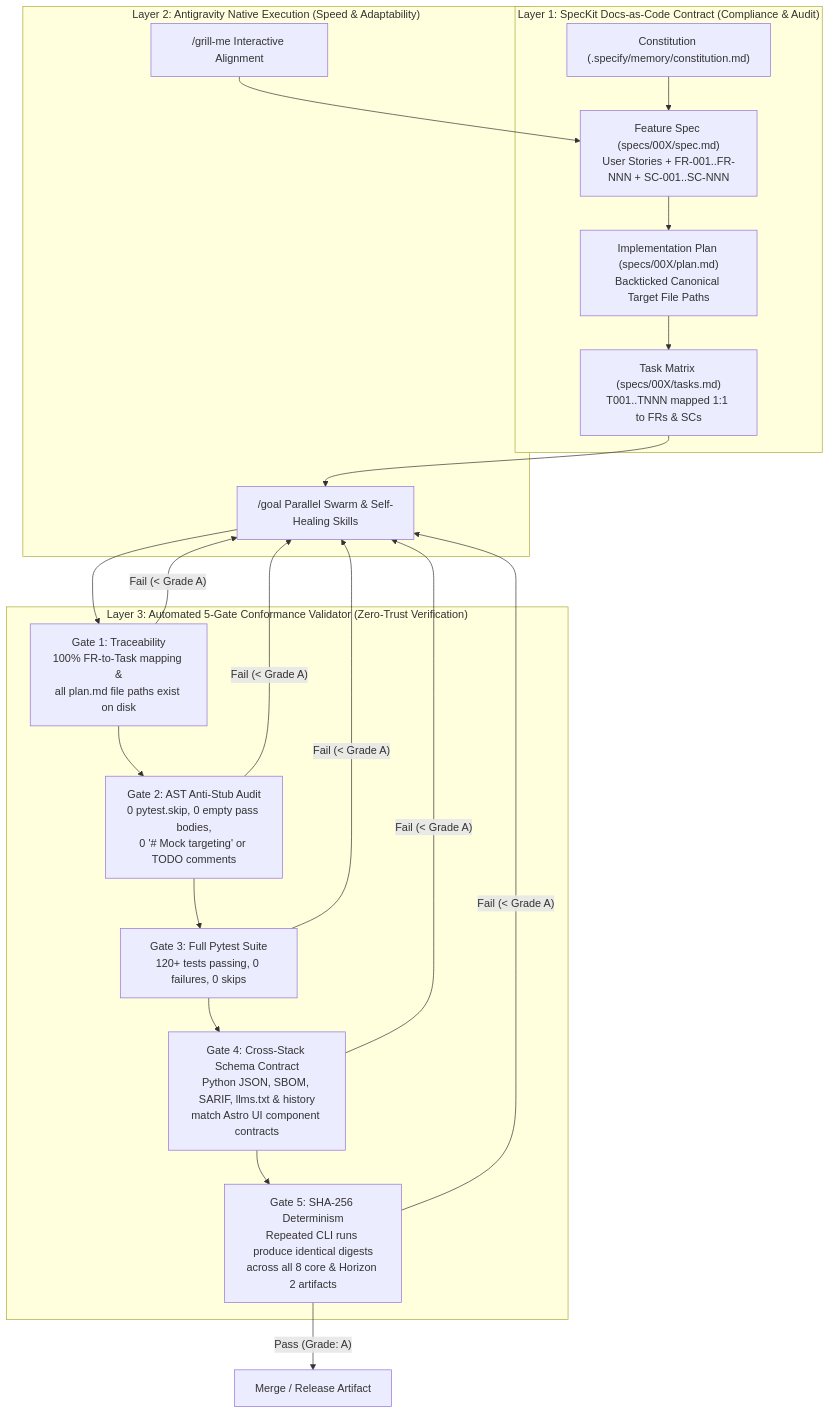
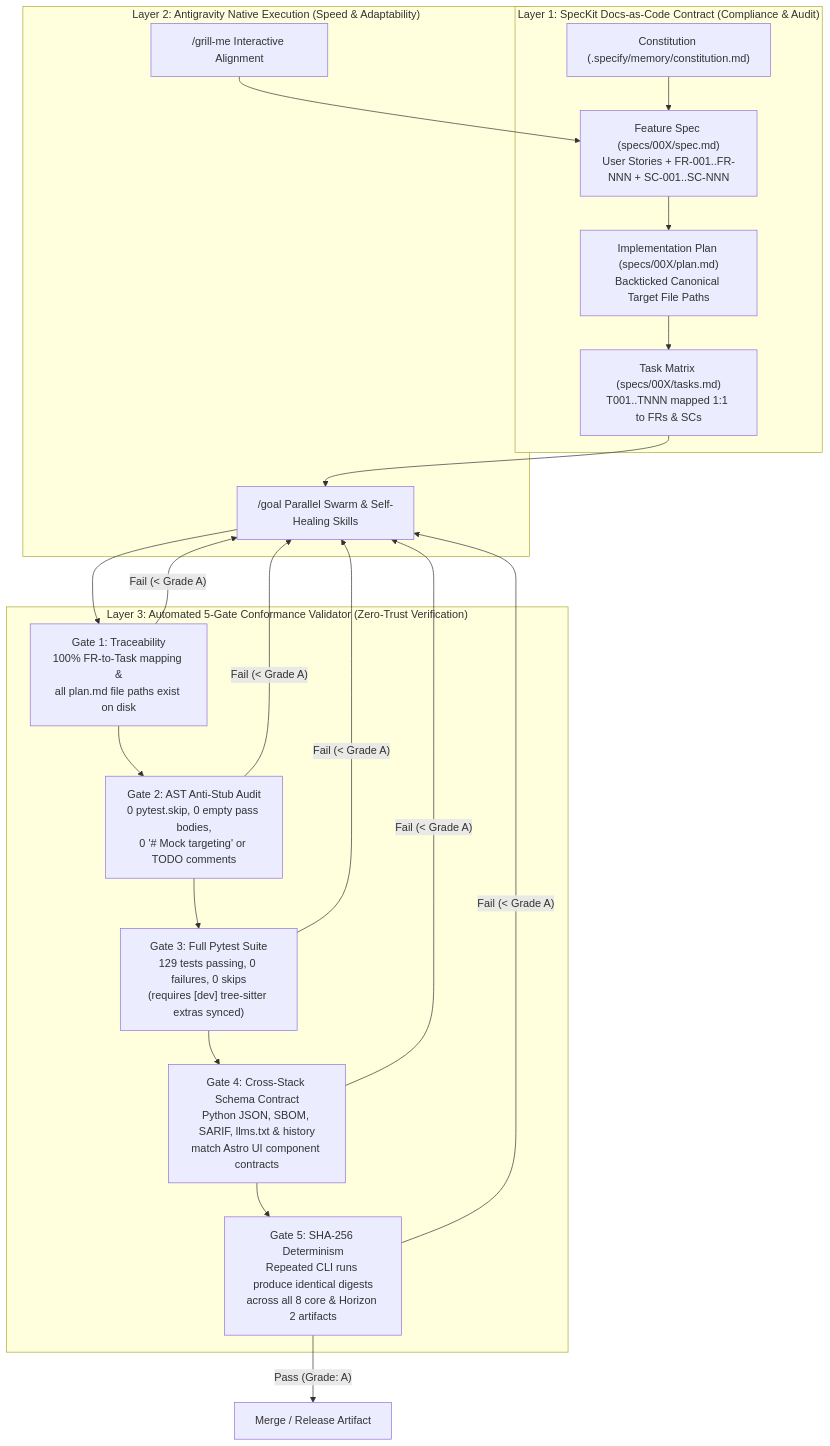
The fourth of 5 diagrams in docs/agentic-sdlc-guide.md (kumarshaz/atruss-code-atlas), drawn with Mermaid before and after one commit. The commit also changed other lines of this file and 17 other files, not shown here.

````diff
--- a/docs/agentic-sdlc-guide.md
+++ b/docs/agentic-sdlc-guide.md
@@ -171,29 +177,31 @@
 ```mermaid
 flowchart TD
+    accTitle: Hybrid 3-Layer SpecKit and Antigravity 5-Gate Governance Model
+    accDescr: Integration of SpecKit Docs-as-Code contracts, Antigravity native /grill-me and /goal execution, and automated 5-Gate verification gating merges.
     subgraph SpecKitLayer["Layer 1: SpecKit Docs-as-Code Contract (Compliance & Audit)"]
         Const["Constitution (.specify/memory/constitution.md)"]
         Spec["Feature Spec (specs/00X/spec.md)<br/>User Stories + FR-001..FR-NNN + SC-001..SC-NNN"]
         Plan["Implementation Plan (specs/00X/plan.md)<br/>Backticked Canonical Target File Paths"]
         Tasks["Task Matrix (specs/00X/tasks.md)<br/>T001..TNNN mapped 1:1 to FRs & SCs"]
         Const --> Spec --> Plan --> Tasks
     end
 
     subgraph AntigravityLayer["Layer 2: Antigravity Native Execution (Speed & Adaptability)"]
         GrillMe["/grill-me Interactive Alignment"]
         GoalLoop["/goal Parallel Swarm & Self-Healing Skills"]
         GrillMe --> Spec
         Tasks --> GoalLoop
     end
 
     subgraph GateLayer["Layer 3: Automated 5-Gate Conformance Validator (Zero-Trust Verification)"]
         Gate1["Gate 1: Traceability<br/>100% FR-to-Task mapping &<br/>all plan.md file paths exist on disk"]
         Gate2["Gate 2: AST Anti-Stub Audit<br/>0 pytest.skip, 0 empty pass bodies,<br/>0 '# Mock targeting' or TODO comments"]
-        Gate3["Gate 3: Full Pytest Suite<br/>120+ tests passing, 0 failures, 0 skips"]
+        Gate3["Gate 3: Full Pytest Suite<br/>129 tests passing, 0 failures, 0 skips<br/>(requires [dev] tree-sitter extras synced)"]
         Gate4["Gate 4: Cross-Stack Schema Contract<br/>Python JSON, SBOM, SARIF, llms.txt & history<br/>match Astro UI component contracts"]
         Gate5["Gate 5: SHA-256 Determinism<br/>Repeated CLI runs produce identical digests<br/>across all 8 core & Horizon 2 artifacts"]
     end
 
     GoalLoop --> Gate1 --> Gate2 --> Gate3 --> Gate4 --> Gate5
     Gate5 -->|"Pass (Grade: A)"| Merge["Merge / Release Artifact"]
     Gate1 & Gate2 & Gate3 & Gate4 & Gate5 -->|"Fail (< Grade A)"| GoalLoop
 ```
````
